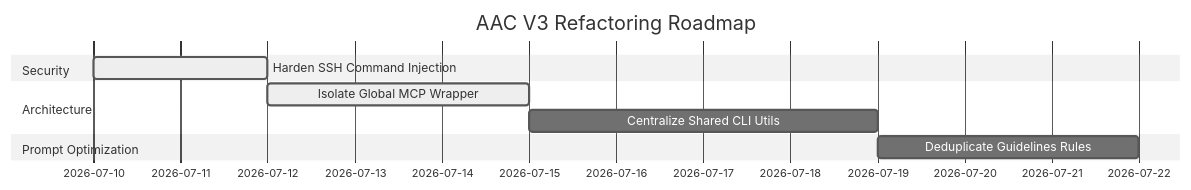
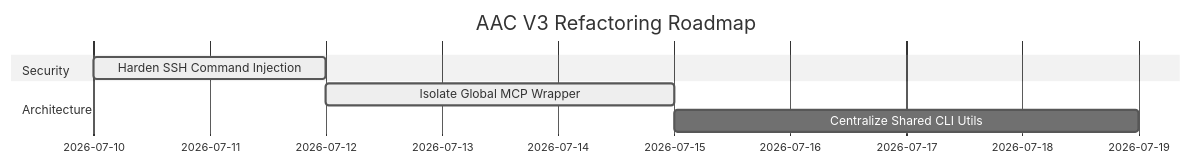
One commit to rafaelghif/antigravity-agents changed the diagram in .agents/plans/comprehensive_audit_report.md. Above: the diagram before and after it, drawn with Mermaid (neutral theme). The commit also changed other lines of this file, not shown here.

````diff
--- a/.agents/plans/comprehensive_audit_report.md
+++ b/.agents/plans/comprehensive_audit_report.md
@@ -205,12 +201,10 @@
 ```mermaid
 gantt
     title AAC V3 Refactoring Roadmap
     dateFormat  YYYY-MM-DD
     section Security
     Harden SSH Command Injection       :active, sec1, 2026-07-10, 2d
     section Architecture
     Isolate Global MCP Wrapper        :active, arch1, 2026-07-12, 3d
     Centralize Shared CLI Utils        :arch2, 2026-07-15, 4d
-    section Prompt Optimization
-    Deduplicate Guidelines Rules      :prompt1, 2026-07-19, 3d
 ```
````
